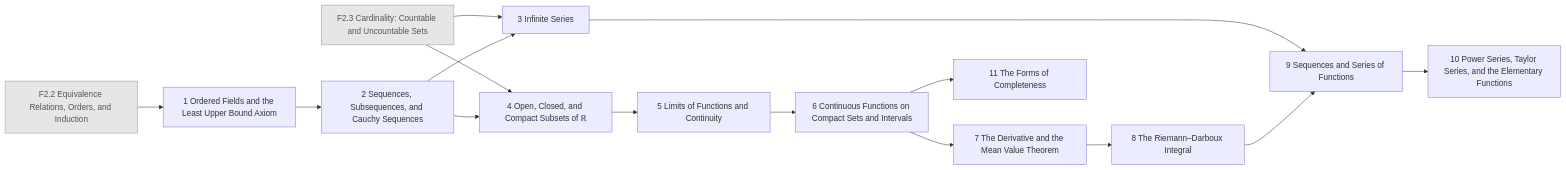
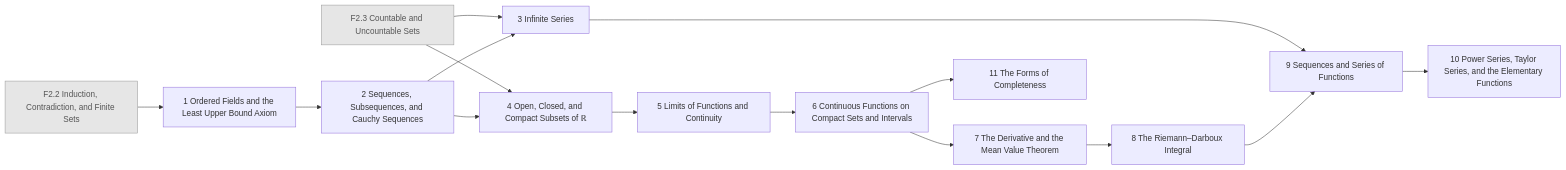
One commit to AkizumiFox/math-atlas changed the diagram in generated/chapters/AN1.mmd. Above: the diagram before and after it, drawn with Mermaid. The commit also changed 12 other files, not shown here.

Commit message:
Atlas: fd2 re-cut (layout C): F2.5 Relations and Orders; F2.2/F2.3 re-sequenced

```diff
--- a/generated/chapters/AN1.mmd
+++ b/generated/chapters/AN1.mmd
@@ -1,31 +1,31 @@
 flowchart LR
-  F2_2["F2.2 Equivalence Relations, Orders, and Induction"]:::ext
-  F2_3["F2.3 Cardinality: Countable and Uncountable Sets"]:::ext
+  F2_2["F2.2 Induction, Contradiction, and Finite Sets"]:::ext
+  F2_3["F2.3 Countable and Uncountable Sets"]:::ext
   AN1_1["1 Ordered Fields and the Least Upper Bound Axiom"]
   AN1_2["2 Sequences, Subsequences, and Cauchy Sequences"]
   AN1_3["3 Infinite Series"]
   AN1_4["4 Open, Closed, and Compact Subsets of ℝ"]
   AN1_5["5 Limits of Functions and Continuity"]
   AN1_6["6 Continuous Functions on Compact Sets and Intervals"]
   AN1_7["7 The Derivative and the Mean Value Theorem"]
   AN1_8["8 The Riemann–Darboux Integral"]
   AN1_9["9 Sequences and Series of Functions"]
   AN1_10["10 Power Series, Taylor Series, and the Elementary Functions"]
   AN1_11["11 The Forms of Completeness"]
   F2_2 --> AN1_1
   AN1_1 --> AN1_2
   F2_3 --> AN1_3
   AN1_2 --> AN1_3
   F2_3 --> AN1_4
   AN1_2 --> AN1_4
   AN1_4 --> AN1_5
   AN1_5 --> AN1_6
   AN1_6 --> AN1_7
   AN1_7 --> AN1_8
   AN1_3 --> AN1_9
   AN1_8 --> AN1_9
   AN1_9 --> AN1_10
   AN1_6 --> AN1_11
   classDef ext fill:#e6e6e6,stroke:#999,color:#555
   classDef opt fill:#fff,stroke:#999,stroke-dasharray:4 3,color:#555
   classDef segb fill:#f6f6fb,stroke:#99a,color:#333
```
